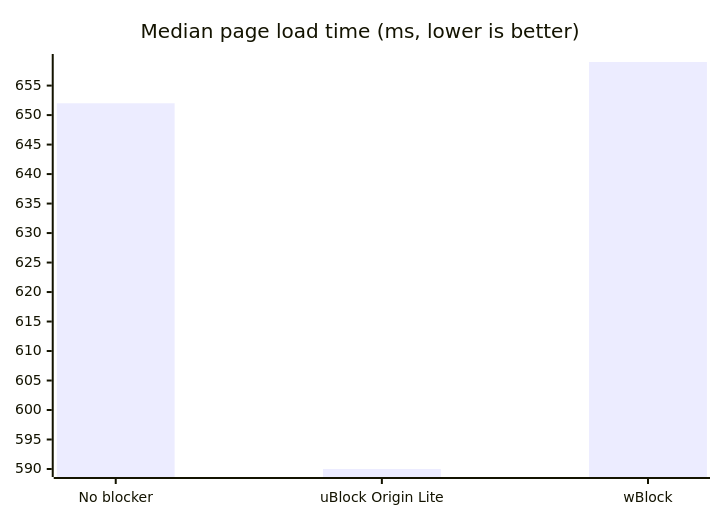
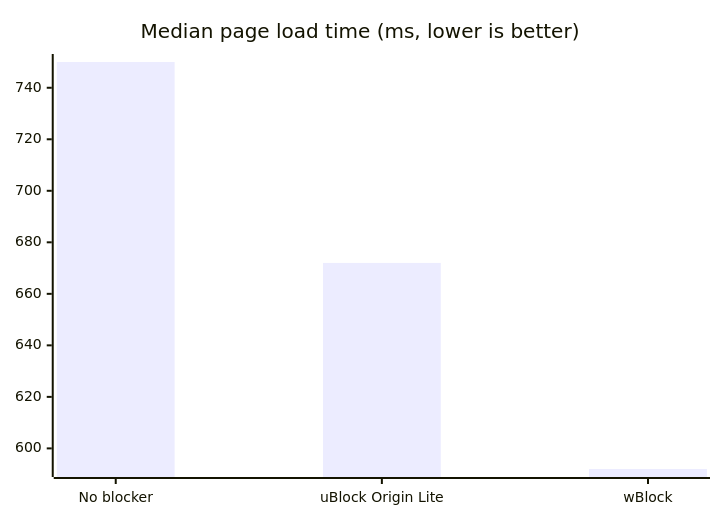
Before and after one commit to btecu/safari-ad: the second of 2 diagrams in README.md, drawn with Mermaid. The commit also changed other lines of this file and 44 other files, not shown here.

````diff
--- a/README.md
+++ b/README.md
@@ -65,6 +65,6 @@
 ```mermaid
 xychart-beta
   title "Median page load time (ms, lower is better)"
   x-axis ["No blocker", "uBlock Origin Lite", "wBlock"]
-  bar [652, 590, 659]
+  bar [750, 672, 592]
 ```
````
